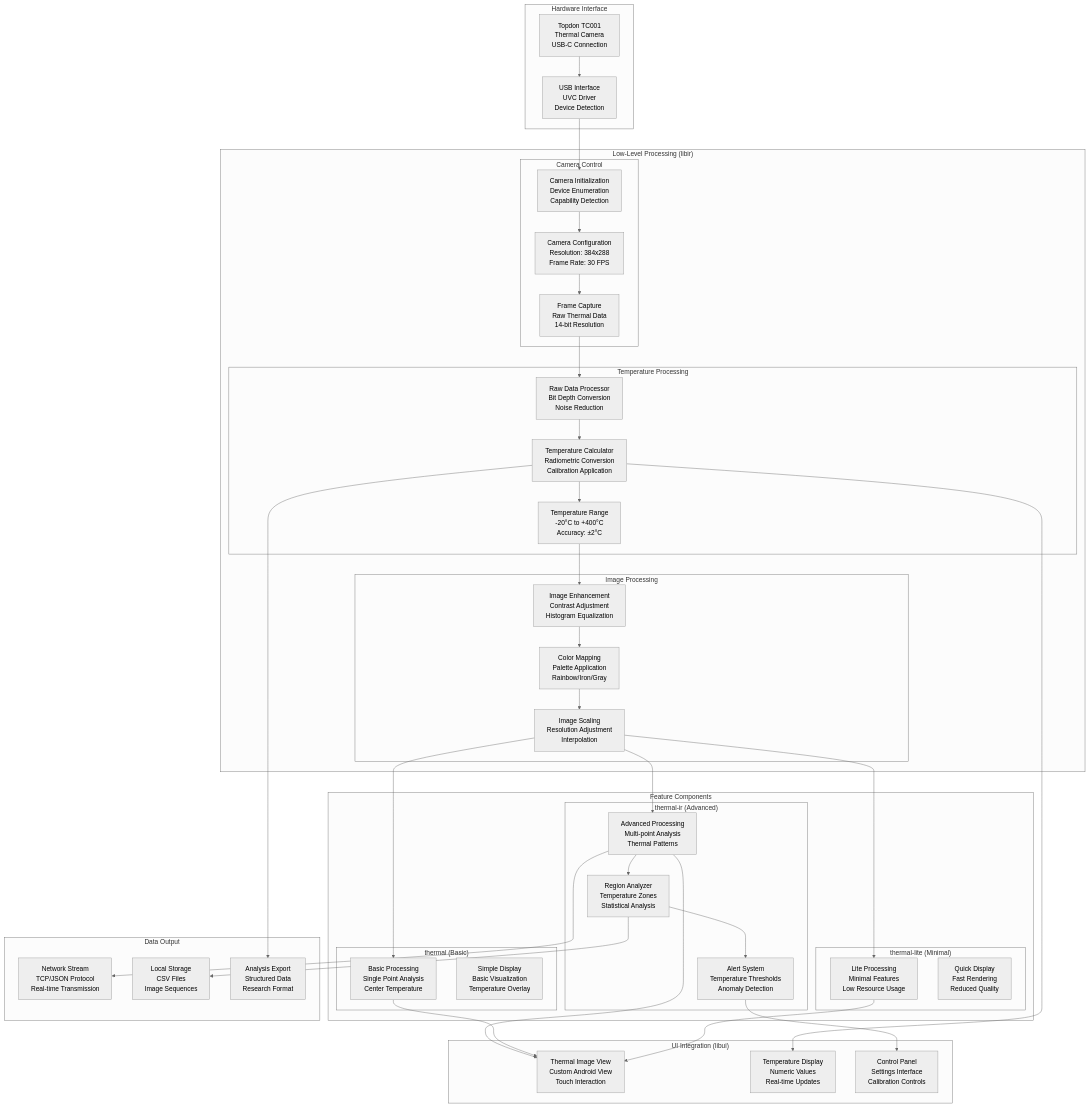
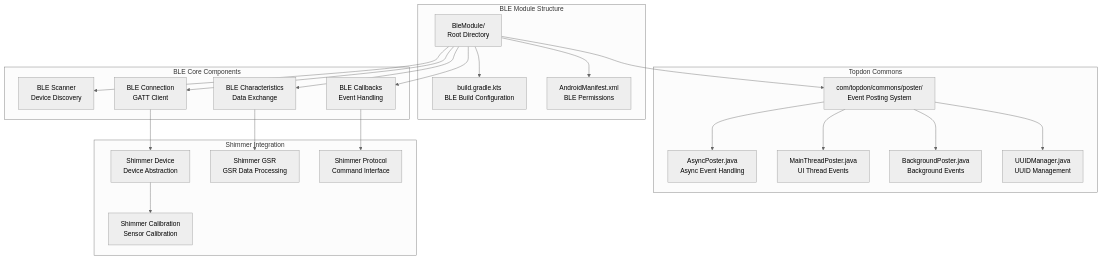
The sixth of 10 diagrams in docs/COMPREHENSIVE_ARCHITECTURE_DIAGRAMS.md (uclgsr/IRCamera), drawn with Mermaid (neutral theme) before and after one commit. The commit also changed other lines of this file, not shown here.

Commit message:
Complete fresh restart of architecture diagrams - 10 comprehensive Mermaid diagrams from scratch

````diff
--- a/docs/COMPREHENSIVE_ARCHITECTURE_DIAGRAMS.md
+++ b/docs/COMPREHENSIVE_ARCHITECTURE_DIAGRAMS.md
@@ -481,92 +296,49 @@
 ```mermaid
 graph TB
-    subgraph "Hardware Interface"
-        TC001Device[Topdon TC001<br/>Thermal Camera<br/>USB-C Connection]
-        USBInterface[USB Interface<br/>UVC Driver<br/>Device Detection]
+    subgraph "BLE Module Structure"
+        BLERoot[BleModule/<br/>Root Directory]
+        BLEBuild[build.gradle.kts<br/>BLE Build Configuration]
+        BLEManifest[AndroidManifest.xml<br/>BLE Permissions]
     end
     
-    subgraph "Low-Level Processing (libir)"
-        subgraph "Camera Control"
-            CameraInit[Camera Initialization<br/>Device Enumeration<br/>Capability Detection]
-            CameraConfig[Camera Configuration<br/>Resolution: 384x288<br/>Frame Rate: 30 FPS]
-            FrameCapture[Frame Capture<br/>Raw Thermal Data<br/>14-bit Resolution]
-        end
-        
-        subgraph "Temperature Processing"
-            RawProcessor[Raw Data Processor<br/>Bit Depth Conversion<br/>Noise Reduction]
-            TempCalculator[Temperature Calculator<br/>Radiometric Conversion<br/>Calibration Application]
-            TempRange[Temperature Range<br/>-20°C to +400°C<br/>Accuracy: ±2°C]
-        end
-        
-        subgraph "Image Processing"
-            ImageEnhancer[Image Enhancement<br/>Contrast Adjustment<br/>Histogram Equalization]
-            ColorMapper[Color Mapping<br/>Palette Application<br/>Rainbow/Iron/Gray]
-            ImageScaler[Image Scaling<br/>Resolution Adjustment<br/>Interpolation]
-        end
+    subgraph "Topdon Commons"
+        TopdonPoster[com/topdon/commons/poster/<br/>Event Posting System]
+        AsyncPoster[AsyncPoster.java<br/>Async Event Handling]
+        MainThreadPoster[MainThreadPoster.java<br/>UI Thread Events]
+        BackgroundPoster[BackgroundPoster.java<br/>Background Events]
+        UUIDManager[UUIDManager.java<br/>UUID Management]
     end
     
-    subgraph "Feature Components"
-        subgraph "thermal-ir (Advanced)"
-            AdvancedProcessor[Advanced Processing<br/>Multi-point Analysis<br/>Thermal Patterns]
-            RegionAnalyzer[Region Analyzer<br/>Temperature Zones<br/>Statistical Analysis]
-            AlertSystem[Alert System<br/>Temperature Thresholds<br/>Anomaly Detection]
-        end
-        
-        subgraph "thermal (Basic)"
-            BasicProcessor[Basic Processing<br/>Single Point Analysis<br/>Center Temperature]
-            SimpleDisplay[Simple Display<br/>Basic Visualization<br/>Temperature Overlay]
-        end
-        
-        subgraph "thermal-lite (Minimal)"
-            LiteProcessor[Lite Processing<br/>Minimal Features<br/>Low Resource Usage]
-            QuickDisplay[Quick Display<br/>Fast Rendering<br/>Reduced Quality]
-        end
+    subgraph "BLE Core Components"
+        BLEScanner[BLE Scanner<br/>Device Discovery]
+        BLEConnection[BLE Connection<br/>GATT Client]
+        BLECharacteristics[BLE Characteristics<br/>Data Exchange]
+        BLECallbacks[BLE Callbacks<br/>Event Handling]
     end
     
-    subgraph "UI Integration (libui)"
-        ThermalImageView[Thermal Image View<br/>Custom Android View<br/>Touch Interaction]
-        TemperatureDisplay[Temperature Display<br/>Numeric Values<br/>Real-time Updates]
-        ControlPanel[Control Panel<br/>Settings Interface<br/>Calibration Controls]
+    subgraph "Shimmer Integration"
+        ShimmerDevice[Shimmer Device<br/>Device Abstraction]
+        ShimmerGSR[Shimmer GSR<br/>GSR Data Processing]
+        ShimmerProtocol[Shimmer Protocol<br/>Command Interface]
+        ShimmerCalibration[Shimmer Calibration<br/>Sensor Calibration]
     end
     
-    subgraph "Data Output"
-        NetworkStream[Network Stream<br/>TCP/JSON Protocol<br/>Real-time Transmission]
-        LocalStorage[Local Storage<br/>CSV Files<br/>Image Sequences]
-        AnalysisExport[Analysis Export<br/>Structured Data<br/>Research Format]
-    end
+    BLERoot --> BLEBuild
+    BLERoot --> BLEManifest
+    BLERoot --> TopdonPoster
     
-    %% Hardware to low-level processing
-    TC001Device --> USBInterface
-    USBInterface --> CameraInit
-    CameraInit --> CameraConfig
-    CameraConfig --> FrameCapture
+    TopdonPoster --> AsyncPoster
+    TopdonPoster --> MainThreadPoster
+    TopdonPoster --> BackgroundPoster
+    TopdonPoster --> UUIDManager
     
-    %% Low-level processing chain
-    FrameCapture --> RawProcessor
-    RawProcessor --> TempCalculator
-    TempCalculator --> TempRange
-    TempRange --> ImageEnhancer
-    ImageEnhancer --> ColorMapper
-    ColorMapper --> ImageScaler
+    BLERoot --> BLEScanner
+    BLERoot --> BLEConnection
+    BLERoot --> BLECharacteristics
+    BLERoot --> BLECallbacks
     
-    %% Feature component processing
-    ImageScaler --> AdvancedProcessor
-    ImageScaler --> BasicProcessor
-    ImageScaler --> LiteProcessor
-    
-    AdvancedProcessor --> RegionAnalyzer
-    RegionAnalyzer --> AlertSystem
-    
-    %% UI integration
-    AdvancedProcessor --> ThermalImageView
-    BasicProcessor --> ThermalImageView
-    LiteProcessor --> ThermalImageView
-    
-    TempCalculator --> TemperatureDisplay
-    AlertSystem --> ControlPanel
-    
-    %% Data output
-    AdvancedProcessor --> NetworkStream
-    RegionAnalyzer --> LocalStorage
-    TempCalculator --> AnalysisExport
+    BLEConnection --> ShimmerDevice
+    BLECharacteristics --> ShimmerGSR
+    BLECallbacks --> ShimmerProtocol
+    ShimmerDevice --> ShimmerCalibration
 ```
````
